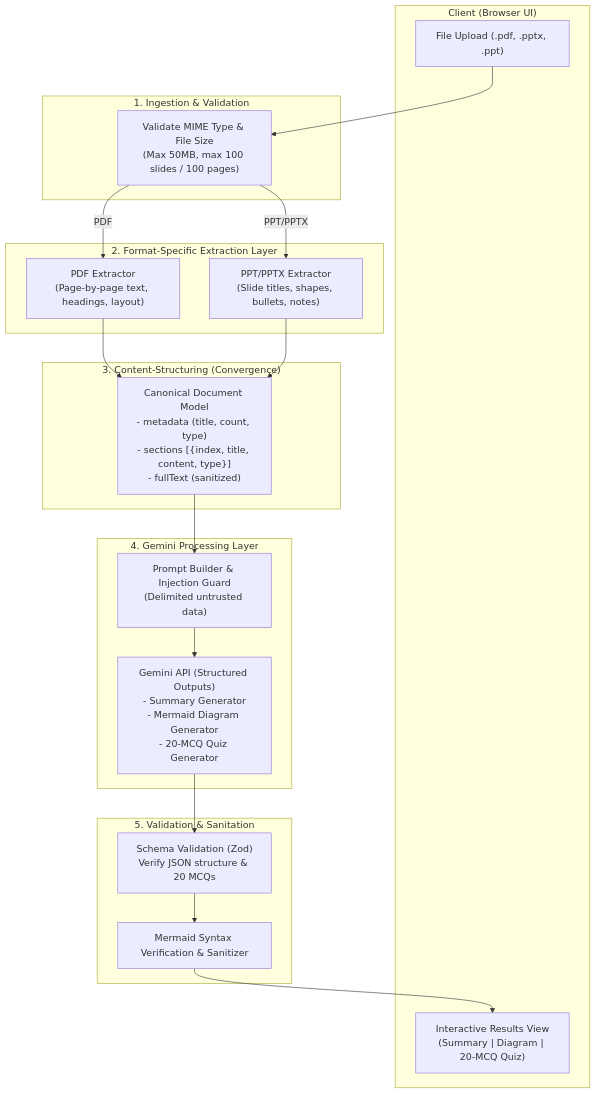
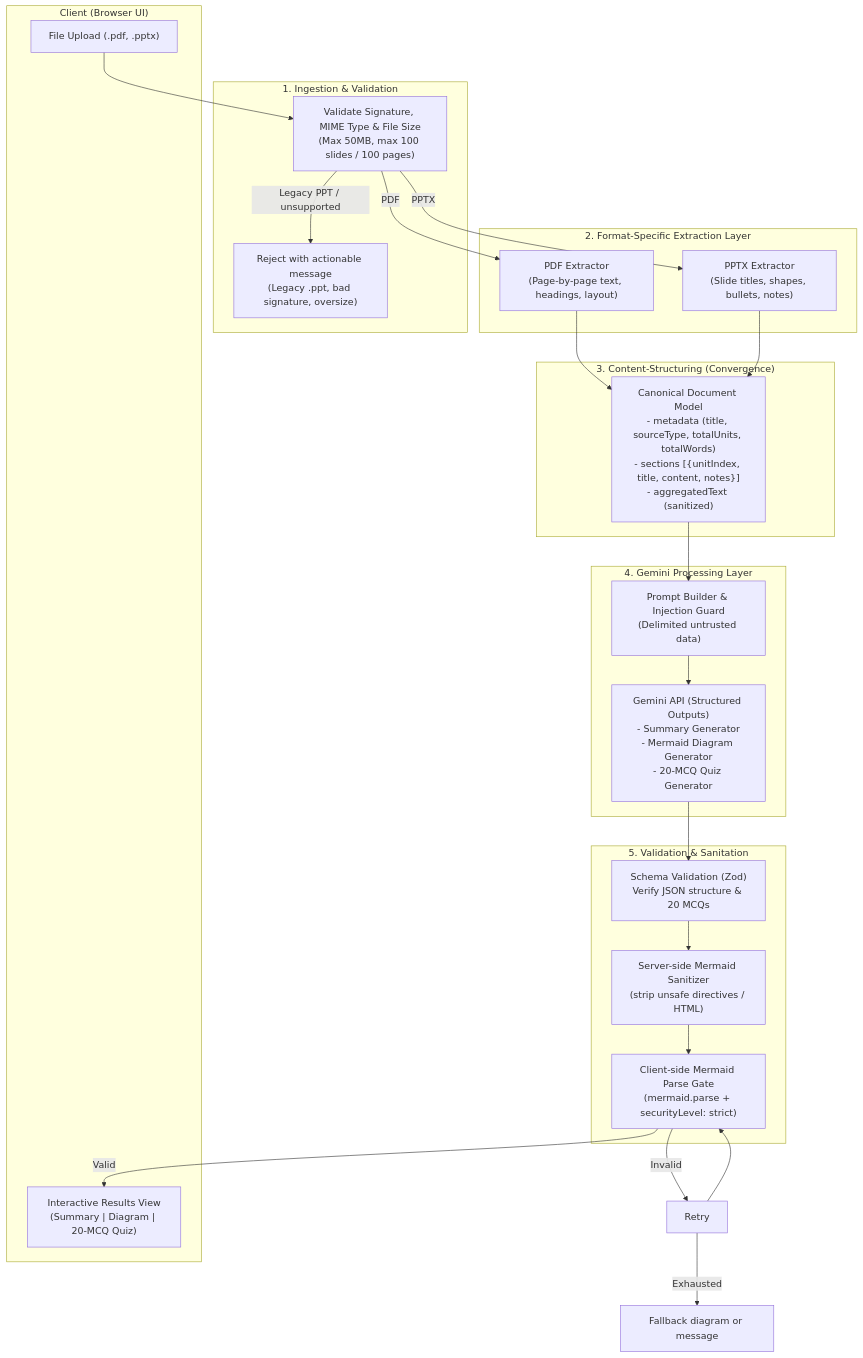
The diagram in ARCHITECTURE.md (PATIL-BHAGYASHREE-2926/study-material-summarizer), drawn with Mermaid before and after one commit. The commit also changed other lines of this file and 33 other files, not shown here.

````diff
--- a/ARCHITECTURE.md
+++ b/ARCHITECTURE.md
@@ -17,41 +17,48 @@
 ```mermaid
 flowchart TD
     subgraph Client ["Client (Browser UI)"]
-        Upload["File Upload (.pdf, .pptx, .ppt)"]
+        Upload["File Upload (.pdf, .pptx)"]
         UI_Render["Interactive Results View\n(Summary | Diagram | 20-MCQ Quiz)"]
     end
 
     subgraph Ingestion ["1. Ingestion & Validation"]
-        MimeCheck["Validate MIME Type & File Size\n(Max 50MB, max 100 slides / 100 pages)"]
+        MimeCheck["Validate Signature, MIME Type & File Size\n(Max 50MB, max 100 slides / 100 pages)"]
+        Reject["Reject with actionable message\n(Legacy .ppt, bad signature, oversize)"]
     end
 
     subgraph Extraction ["2. Format-Specific Extraction Layer"]
         PDF_Parser["PDF Extractor\n(Page-by-page text, headings, layout)"]
-        PPT_Parser["PPT/PPTX Extractor\n(Slide titles, shapes, bullets, notes)"]
+        PPT_Parser["PPTX Extractor\n(Slide titles, shapes, bullets, notes)"]
     end
 
     subgraph Convergence ["3. Content-Structuring (Convergence)"]
-        CanonicalDoc["Canonical Document Model\n- metadata (title, count, type)\n- sections [{index, title, content, type}]\n- fullText (sanitized)"]
+        CanonicalDoc["Canonical Document Model\n- metadata (title, sourceType, totalUnits, totalWords)\n- sections [{unitIndex, title, content, notes}]\n- aggregatedText (sanitized)"]
     end
 
     subgraph AI_Engine ["4. Gemini Processing Layer"]
         PromptBuilder["Prompt Builder & Injection Guard\n(Delimited untrusted data)"]
         GeminiAPI["Gemini API (Structured Outputs)\n- Summary Generator\n- Mermaid Diagram Generator\n- 20-MCQ Quiz Generator"]
     end
 
     subgraph Validation ["5. Validation & Sanitation"]
         SchemaValidator["Schema Validation (Zod)\nVerify JSON structure & 20 MCQs"]
-        MermaidValidator["Mermaid Syntax Verification & Sanitizer"]
+        MermaidSanitizer["Server-side Mermaid Sanitizer\n(strip unsafe directives / HTML)"]
+        MermaidGate["Client-side Mermaid Parse Gate\n(mermaid.parse + securityLevel: strict)"]
     end
 
     Upload --> MimeCheck
     MimeCheck -->|PDF| PDF_Parser
-    MimeCheck -->|PPT/PPTX| PPT_Parser
+    MimeCheck -->|PPTX| PPT_Parser
+    MimeCheck -->|Legacy PPT / unsupported| Reject
     PDF_Parser --> CanonicalDoc
     PPT_Parser --> CanonicalDoc
     CanonicalDoc --> PromptBuilder
     PromptBuilder --> GeminiAPI
     GeminiAPI --> SchemaValidator
-    SchemaValidator --> MermaidValidator
-    MermaidValidator --> UI_Render
+    SchemaValidator --> MermaidSanitizer
+    MermaidSanitizer --> MermaidGate
+    MermaidGate -->|Valid| UI_Render
+    MermaidGate -->|Invalid| Retry
+    Retry --> MermaidGate
+    Retry -->|Exhausted| Fallback["Fallback diagram or message"]
 ```
````
